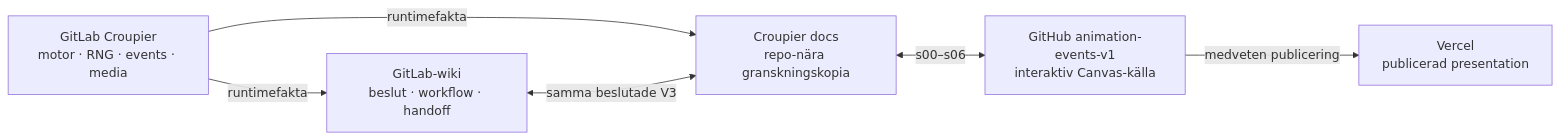
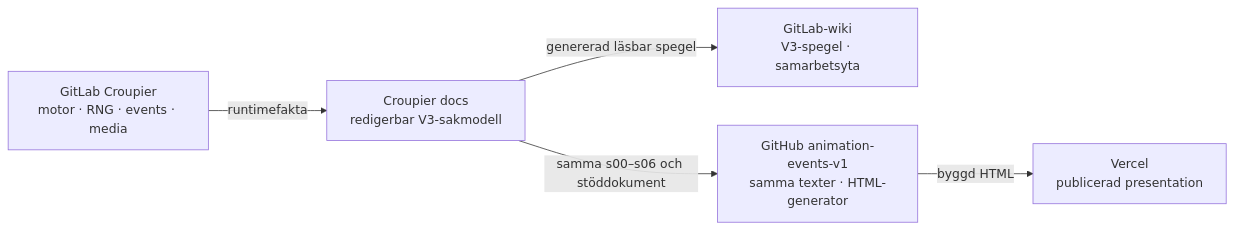
One commit to Jakeminator123/scoutgaming changed the first of 2 diagrams in docs/animation-events/v3-9-days-mvp/CANVAS.md. Above: the diagram before and after it, drawn with Mermaid. The commit also changed other lines of this file and 11 other files, not shown here.

````diff
--- a/docs/animation-events/v3-9-days-mvp/CANVAS.md
+++ b/docs/animation-events/v3-9-days-mvp/CANVAS.md
@@ -21,14 +26,13 @@
 ```mermaid
 flowchart LR
   K["GitLab Croupier<br/>motor · RNG · events · media"]
-  W["GitLab-wiki<br/>beslut · workflow · handoff"]
-  G["GitHub animation-events-v1<br/>interaktiv Canvas-källa"]
+  W["GitLab-wiki<br/>V3-spegel · samarbetsyta"]
+  G["GitHub animation-events-v1<br/>samma texter · HTML-generator"]
   V["Vercel<br/>publicerad presentation"]
-  R["Croupier docs<br/>repo-nära granskningskopia"]
+  R["Croupier docs<br/>redigerbar V3-sakmodell"]
 
-  K -->|runtimefakta| W
   K -->|runtimefakta| R
-  W <-->|samma beslutade V3| R
-  R <-->|s00–s06| G
-  G -->|medveten publicering| V
+  R -->|genererad läsbar spegel| W
+  R -->|samma s00–s06 och stöddokument| G
+  G -->|byggd HTML| V
 ```
````
